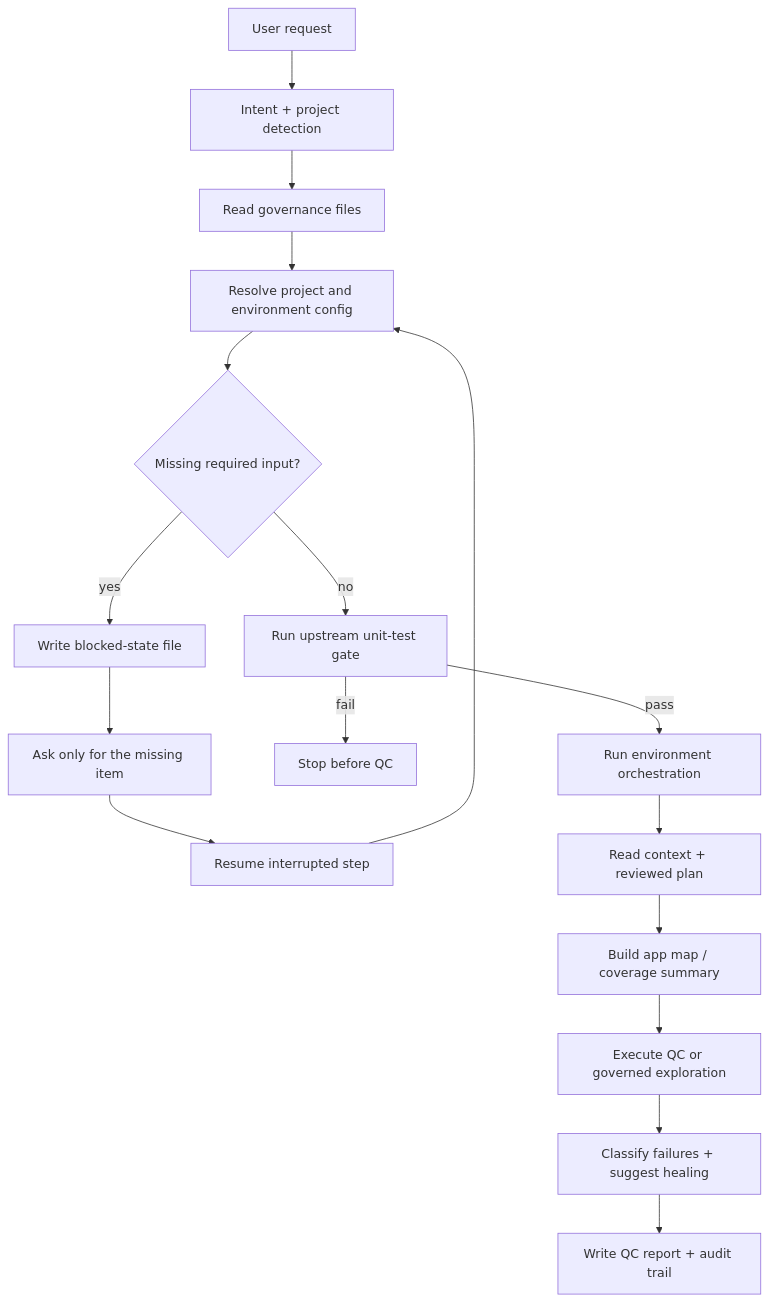
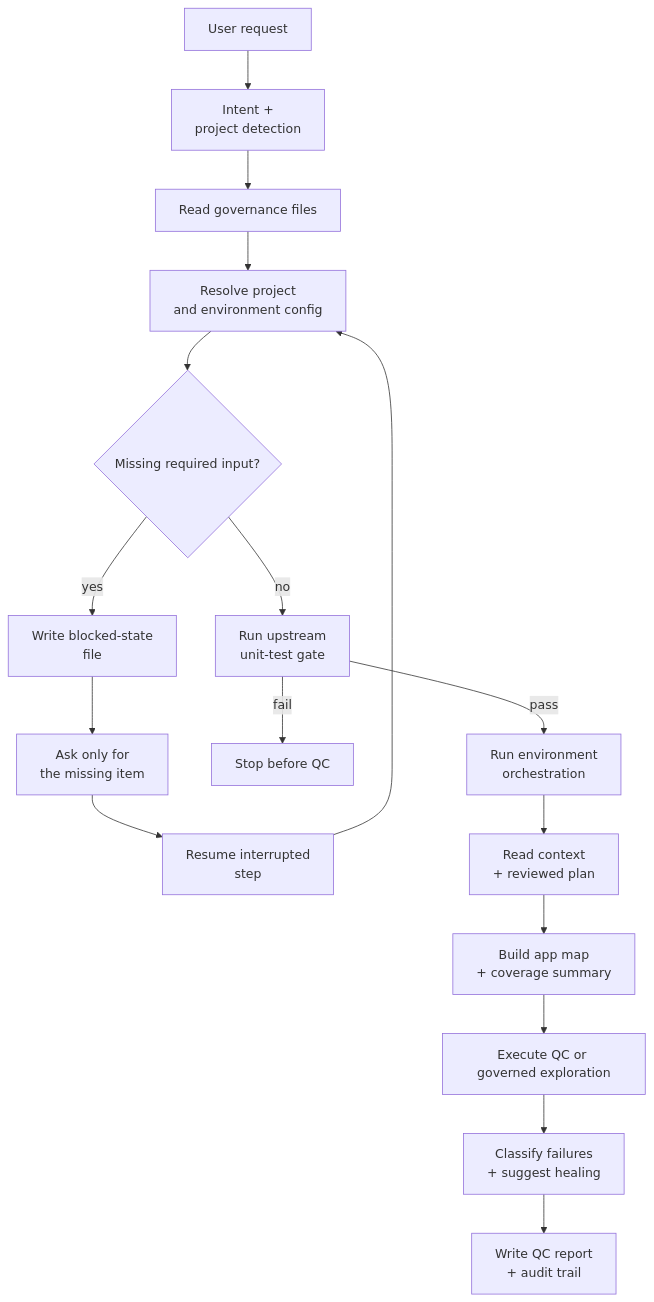
One commit to Qin-BL/quality-platform changed the third of 6 diagrams in docs/qa/architecture.md. Above: the diagram before and after it, drawn with Mermaid. The commit also changed other lines of this file and 2 other files, not shown here.

Commit message:
Improve diagram readability

```diff
--- a/docs/qa/architecture.md
+++ b/docs/qa/architecture.md
@@ -131,19 +131,19 @@
 ::: mermaid
 graph TD
-    CMD["User request"] --> PARSE["Intent + project detection"]
+    CMD["User request"] --> PARSE["Intent +<br/>project detection"]
     PARSE --> RULES["Read governance files"]
-    RULES --> DISC["Resolve project and environment config"]
+    RULES --> DISC["Resolve project<br/>and environment config"]
     DISC --> MISS{"Missing required input?"}
-    MISS -->|yes| BLOCK["Write blocked-state file"]
-    BLOCK --> ASK["Ask only for the missing item"]
-    ASK --> RESUME["Resume interrupted step"]
+    MISS -->|yes| BLOCK["Write blocked-state<br/>file"]
+    BLOCK --> ASK["Ask only for<br/>the missing item"]
+    ASK --> RESUME["Resume interrupted<br/>step"]
     RESUME --> DISC
-    MISS -->|no| GATE["Run upstream unit-test gate"]
+    MISS -->|no| GATE["Run upstream<br/>unit-test gate"]
     GATE -->|fail| STOP["Stop before QC"]
-    GATE -->|pass| ORCH["Run environment orchestration"]
-    ORCH --> PLAN["Read context + reviewed plan"]
-    PLAN --> MAP["Build app map / coverage summary"]
+    GATE -->|pass| ORCH["Run environment<br/>orchestration"]
+    ORCH --> PLAN["Read context<br/>+ reviewed plan"]
+    PLAN --> MAP["Build app map<br/>+ coverage summary"]
     MAP --> EXEC["Execute QC or governed exploration"]
-    EXEC --> ANALYZE["Classify failures + suggest healing"]
-    ANALYZE --> REPORT["Write QC report + audit trail"]
+    EXEC --> ANALYZE["Classify failures<br/>+ suggest healing"]
+    ANALYZE --> REPORT["Write QC report<br/>+ audit trail"]
 :::
```
